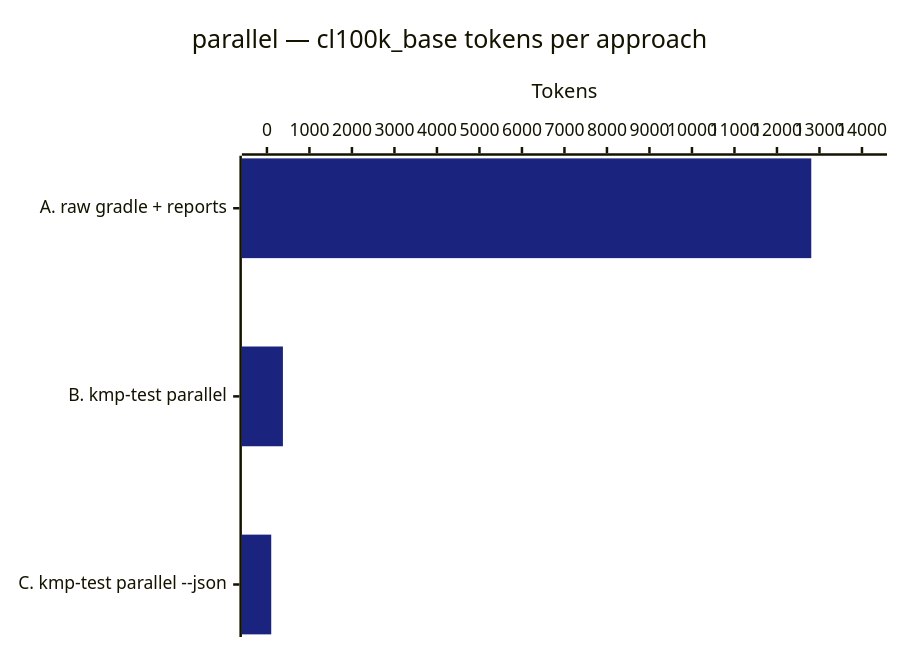
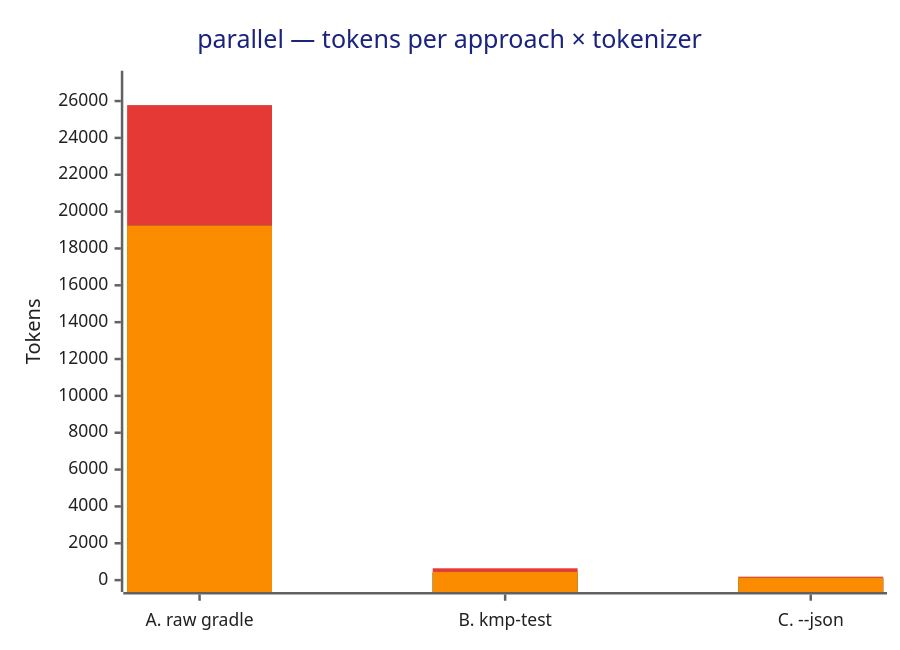
The second of 5 diagrams in README.md (oscardlfr/kmp-test-runner), drawn with Mermaid before and after one commit. The commit also changed other lines of this file and 1 other file, not shown here.

First line of the commit message:
docs(tools): modernize Mermaid charts (multi-series + vivid palette) + anonymize project names

````diff
--- a/README.md
+++ b/README.md
@@ -37,8 +47,11 @@
 ```mermaid
-%%{init: {'theme':'base','themeVariables':{'xyChart':{'plotColorPalette':'#1a237e'},'fontFamily':'monospace','fontSize':'14px'}}}%%
-xychart-beta horizontal
-    title "parallel — cl100k_base tokens per approach"
-    x-axis ["A. raw gradle + reports", "B. kmp-test parallel", "C. kmp-test parallel --json"]
-    y-axis "Tokens" 0 --> 14000
+%%{init: {'theme':'base','themeVariables':{'xyChart':{'backgroundColor':'transparent','plotColorPalette':'#3949ab, #e53935, #43a047, #fb8c00','titleColor':'#1a237e','xAxisLabelColor':'#212121','yAxisLabelColor':'#212121','xAxisTitleColor':'#212121','yAxisTitleColor':'#212121','xAxisLineColor':'#616161','yAxisLineColor':'#616161','xAxisTickColor':'#616161','yAxisTickColor':'#616161','titleFontSize':'17'},'fontFamily':'system-ui, -apple-system, Segoe UI, sans-serif','fontSize':'13px'}}}%%
+xychart-beta
+    title "parallel — tokens per approach × tokenizer"
+    x-axis ["A. raw gradle", "B. kmp-test", "C. --json"]
+    y-axis "Tokens" 0 --> 27000
     bar [12807, 376, 101]
+    bar [25780, 642, 187]
+    bar [19234, 444, 125]
+    bar [19234, 444, 125]
 ```
````
